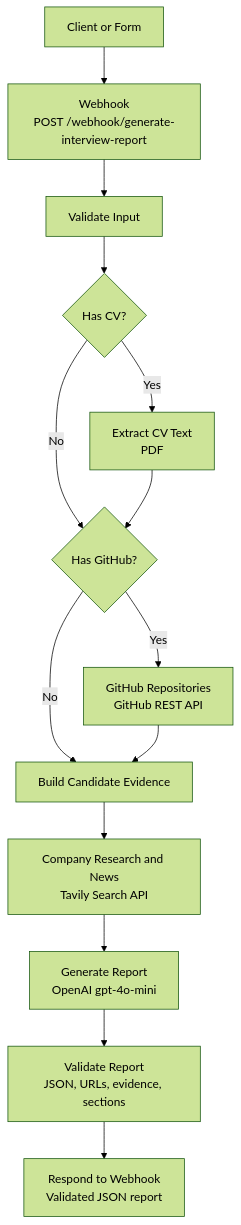
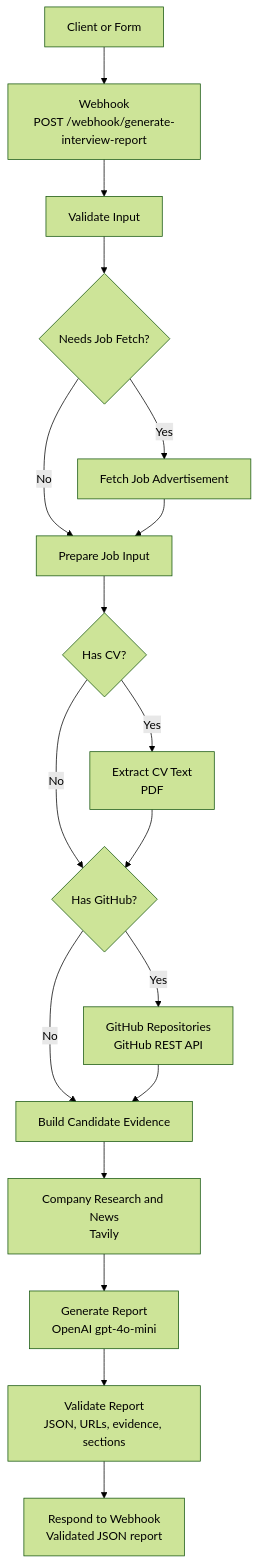
One commit to antunesjulia/project-3-interview-prep-report changed the diagram in README.md. Above: the diagram before and after it, drawn with Mermaid (forest theme). The commit also changed other lines of this file, not shown here.

````diff
--- a/README.md
+++ b/README.md
@@ -54,23 +60,20 @@
 ```mermaid
 flowchart TD
     A[Client or Form] --> B[Webhook<br/>POST /webhook/generate-interview-report]
-
     B --> C[Validate Input]
-
-    C --> D{Has CV?}
-    D -->|Yes| E[Extract CV Text<br/>PDF]
-    D -->|No| F{Has GitHub?}
+    C --> D{Needs Job Fetch?}
+    D -->|Yes| E[Fetch Job Advertisement]
+    D -->|No| F[Prepare Job Input]
     E --> F
-
-    F -->|Yes| G[GitHub Repositories<br/>GitHub REST API]
-    F -->|No| H[Build Candidate Evidence]
-    G --> H
-
-    H --> I[Company Research and News<br/>Tavily Search API]
-
-    I --> J[Generate Report<br/>OpenAI gpt-4o-mini]
-
-    J --> K[Validate Report<br/>JSON, URLs, evidence, sections]
-
-    K --> L[Respond to Webhook<br/>Validated JSON report]
+    F --> G{Has CV?}
+    G -->|Yes| H[Extract CV Text<br/>PDF]
+    G -->|No| I{Has GitHub?}
+    H --> I
+    I -->|Yes| J[GitHub Repositories<br/>GitHub REST API]
+    I -->|No| K[Build Candidate Evidence]
+    J --> K
+    K --> L[Company Research and News<br/>Tavily]
+    L --> M[Generate Report<br/>OpenAI gpt-4o-mini]
+    M --> N[Validate Report<br/>JSON, URLs, evidence, sections]
+    N --> O[Respond to Webhook<br/>Validated JSON report]
 ```
````
